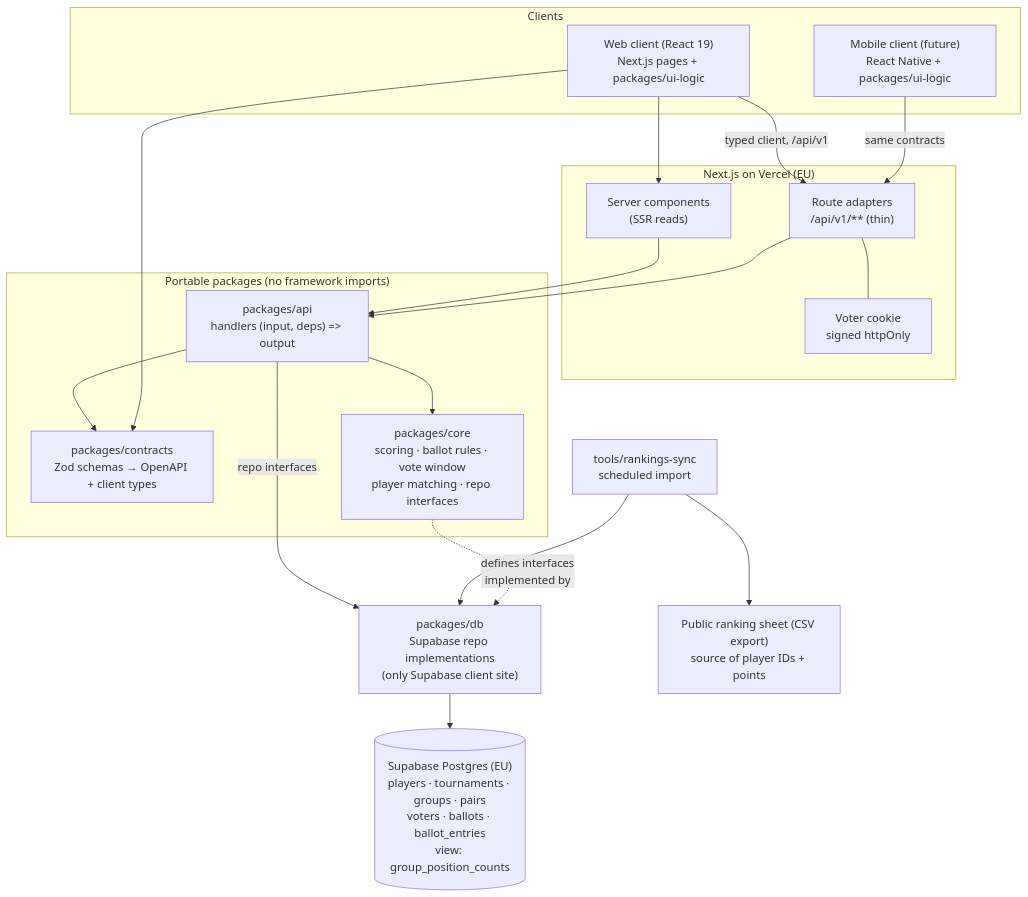
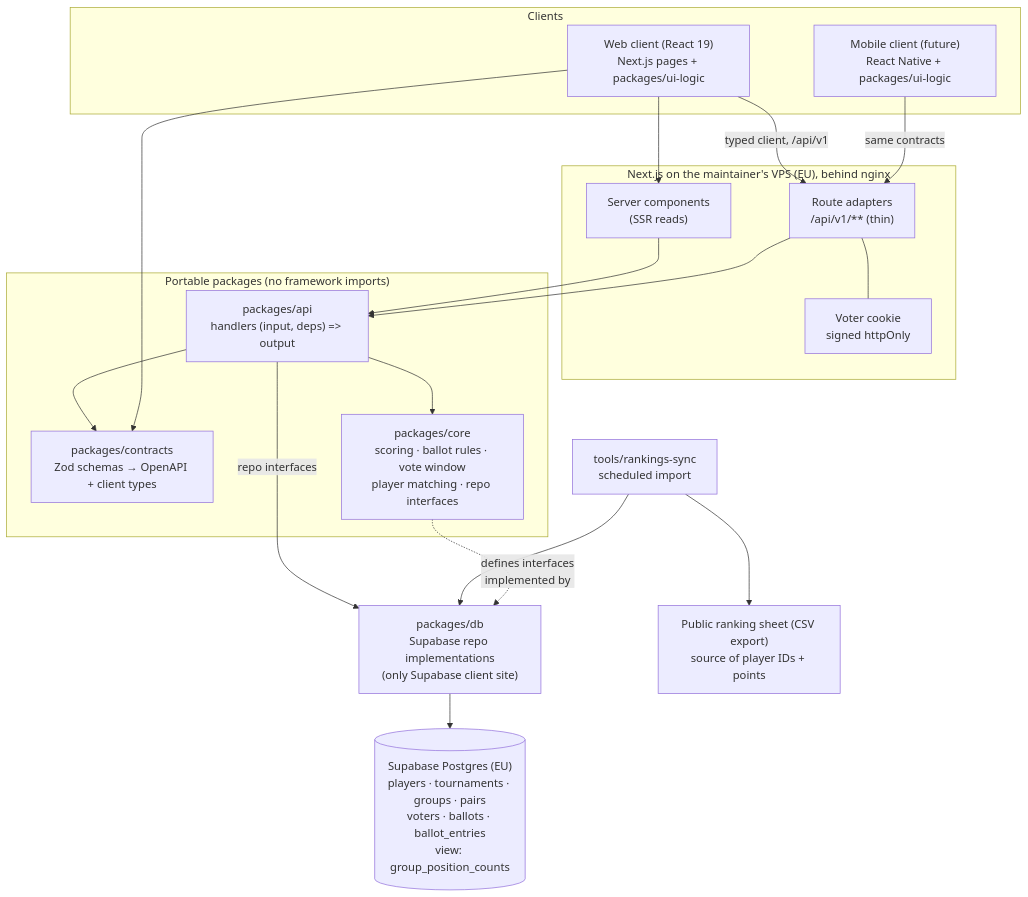
The diagram in specs/001-group-standings-voting/plan.md (ruimendesM/padelmigas-bet-site), drawn with Mermaid before and after one commit. The commit also changed other lines of this file and 4 other files, not shown here.

First line of the commit message:
docs: amend ADR-010 to host apps/web on the maintainer's VPS

````diff
--- a/specs/001-group-standings-voting/plan.md
+++ b/specs/001-group-standings-voting/plan.md
@@ -107,39 +124,39 @@
 ```mermaid
 graph TD
     subgraph Clients
         Web["Web client (React 19)\nNext.js pages + packages/ui-logic"]
         Mobile["Mobile client (future)\nReact Native + packages/ui-logic"]
     end
 
-    subgraph Host["Next.js on Vercel (EU)"]
+    subgraph Host["Next.js on the maintainer's VPS (EU), behind nginx"]
         Pages["Server components\n(SSR reads)"]
         Routes["Route adapters\n/api/v1/** (thin)"]
         Cookie["Voter cookie\nsigned httpOnly"]
     end
 
     subgraph Portable["Portable packages (no framework imports)"]
         Contracts["packages/contracts\nZod schemas → OpenAPI + client types"]
         API["packages/api\nhandlers (input, deps) => output"]
         Core["packages/core\nscoring · ballot rules · vote window\nplayer matching · repo interfaces"]
     end
 
     DB["packages/db\nSupabase repo implementations\n(only Supabase client site)"]
     PG[("Supabase Postgres (EU)\nplayers · tournaments · groups · pairs\nvoters · ballots · ballot_entries\nview: group_position_counts")]
     Sheet["Public ranking sheet (CSV export)\nsource of player IDs + points"]
     Sync["tools/rankings-sync\nscheduled import"]
 
     Web -->|"typed client, /api/v1"| Routes
     Mobile -->|"same contracts"| Routes
     Web --> Pages
     Pages --> API
     Routes --> API
     Routes --- Cookie
     API --> Core
     API --> Contracts
     Web --> Contracts
     API -->|"repo interfaces"| DB
     DB --> PG
     Sync --> Sheet
     Sync --> DB
     Core -.->|"defines interfaces\nimplemented by"| DB
 ```
````
